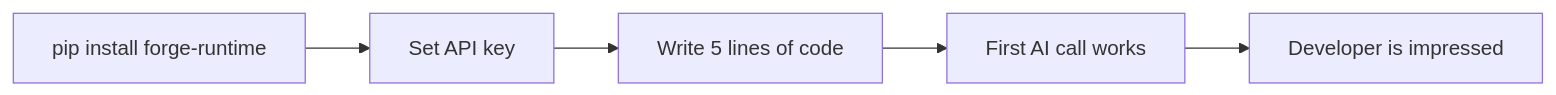
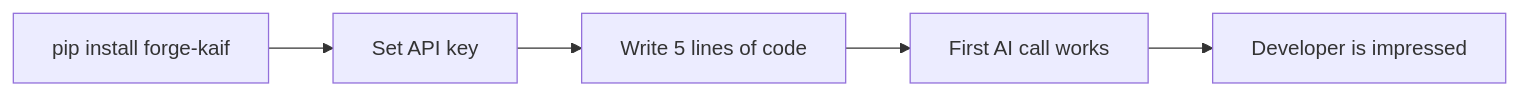
The diagram in docs/docs/why-forge.md (kaif-ai-engineer/forge-kaif), drawn with Mermaid before and after one commit. The commit also changed 29 other files, not shown here.

Commit message:
#22: rename package from forge-runtime to forge-kaif for PyPI publishing

````diff
--- a/docs/docs/why-forge.md
+++ b/docs/docs/why-forge.md
@@ -72,7 +72,7 @@
 ```mermaid
 flowchart LR
-    A["pip install forge-runtime"] --> B["Set API key"]
+    A["pip install forge-kaif"] --> B["Set API key"]
     B --> C["Write 5 lines of code"]
     C --> D["First AI call works"]
     D --> E["Developer is impressed"]
 ```
````
